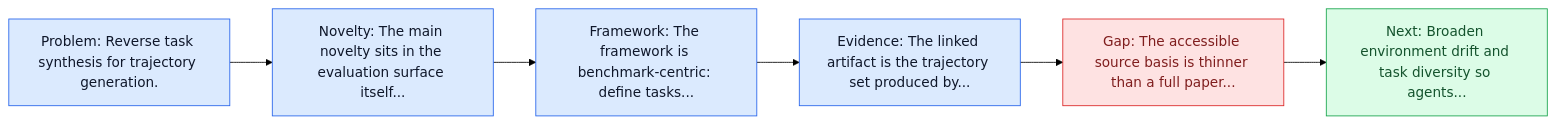
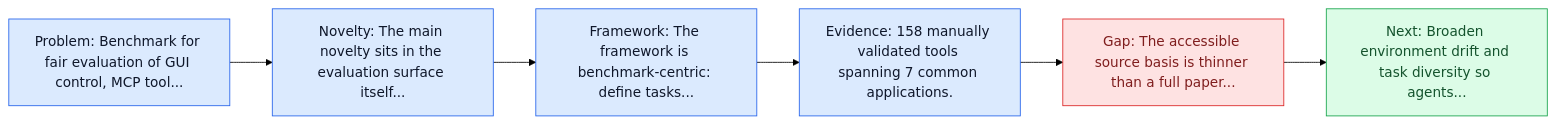
One commit to wjhou/awesome-computer-use-agents changed the first of 2 diagrams in reports/link-audit/papers/benchmarks-and-datasets/os-genesis-trajectories.md. Above: the diagram before and after it, drawn with Mermaid (forest theme). The commit also changed other lines of this file and 65 other files, not shown here.

````diff
--- a/reports/link-audit/papers/benchmarks-and-datasets/os-genesis-trajectories.md
+++ b/reports/link-audit/papers/benchmarks-and-datasets/os-genesis-trajectories.md
@@ -30,15 +30,15 @@
 ```mermaid
 flowchart LR
-  Problem["Problem: Reverse task synthesis for trajectory generation."] --> Novelty["Novelty: The main novelty sits in the evaluation surface itself..."]
+  Problem["Problem: Benchmark for fair evaluation of GUI control, MCP tool..."] --> Novelty["Novelty: The main novelty sits in the evaluation surface itself..."]
   Novelty --> Framework["Framework: The framework is benchmark-centric: define tasks..."]
-  Framework --> Evidence["Evidence: The linked artifact is the trajectory set produced by..."]
+  Framework --> Evidence["Evidence: 158 manually validated tools spanning 7 common applications."]
   Evidence --> Gap["Gap: The accessible source basis is thinner than a full paper..."]
   Gap --> Next["Next: Broaden environment drift and task diversity so agents..."]
   classDef insight fill:#dbeafe,stroke:#2563eb,color:#0f172a;
   classDef risk fill:#fee2e2,stroke:#dc2626,color:#7f1d1d;
   classDef next fill:#dcfce7,stroke:#16a34a,color:#14532d;
   class Problem,Novelty,Framework insight;
   class Evidence insight;
   class Gap risk;
   class Next next;
 ```
````
